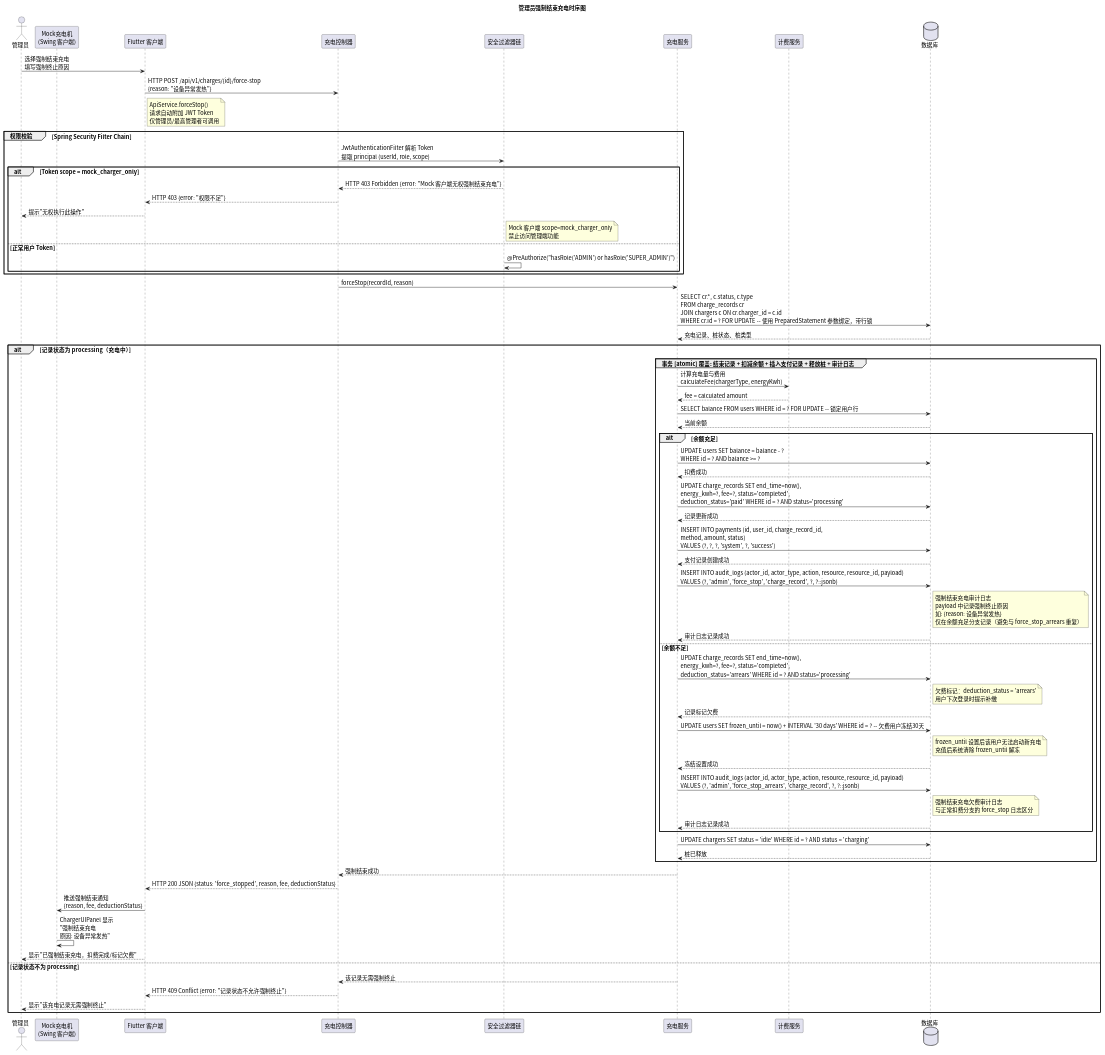
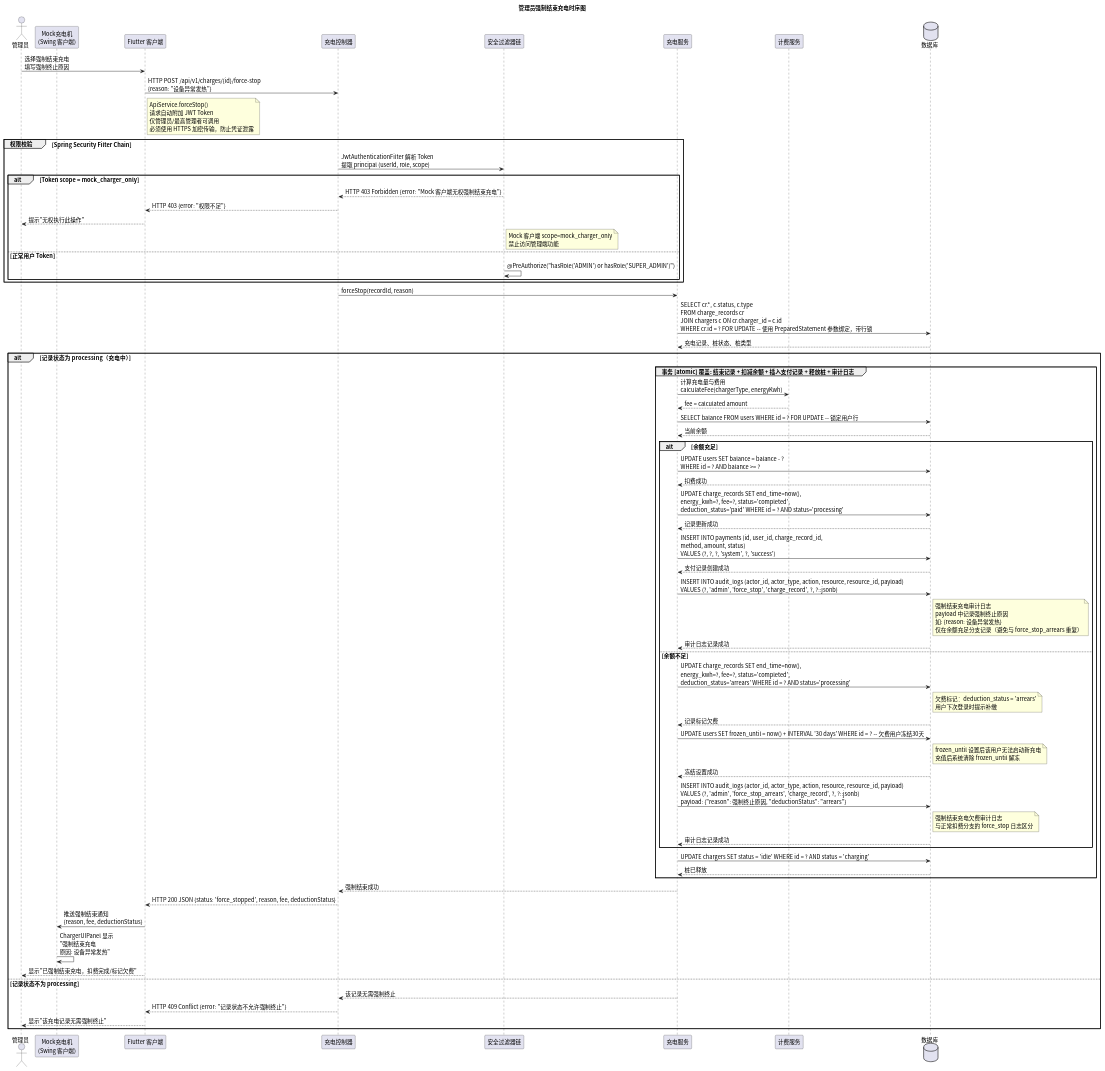
Before and after one commit to greenhandzdl/charging-station-doc: the diagram in time/src/sequence_force_stop.puml, drawn with PlantUML. The commit also changed 25 other files, not shown here.

First line of the commit message:
fix: 第2轮评估修复 — 用例图权限补全、时序图安全注解与HTTPS、密码重置令牌优化

```diff
--- a/time/src/sequence_force_stop.puml
+++ b/time/src/sequence_force_stop.puml
@@ -1,87 +1,87 @@
 @startuml
 skinparam defaultFontName "Noto Sans CJK SC"
 skinparam defaultFontSize 14
 title 管理员强制结束充电时序图
 
 ' 所有 SQL 操作使用 PreparedStatement 参数绑定，禁止字符串拼接
 actor 管理员 as Admin
 participant "Mock充电机\n(Swing 客户端)" as MC
 participant "Flutter 客户端" as FE
 participant "充电控制器" as Ctrl
 participant "安全过滤器链" as Security
 participant "充电服务" as Service
 participant "计费服务" as Bill
 database 数据库 as DB
 
 Admin -> FE: 选择强制结束充电\n填写强制终止原因
 FE -> Ctrl: HTTP POST /api/v1/charges/{id}/force-stop\n{reason: "设备异常发热"}
-note right FE : ApiService.forceStop()\n请求自动附加 JWT Token\n仅管理员/最高管理者可调用
+note right FE : ApiService.forceStop()\n请求自动附加 JWT Token\n仅管理员/最高管理者可调用\n必须使用 HTTPS 加密传输，防止凭证泄露
 
 group 权限校验 [Spring Security Filter Chain]
   Ctrl -> Security: JwtAuthenticationFilter 解析 Token\n提取 principal (userId, role, scope)
 
   alt Token scope = mock_charger_only
     Security --> Ctrl: HTTP 403 Forbidden {error: "Mock 客户端无权强制结束充电"}
     Ctrl --> FE: HTTP 403 {error: "权限不足"}
     FE --> Admin: 提示"无权执行此操作"
     note right Security : Mock 客户端 scope=mock_charger_only\n禁止访问管理端功能
   else 正常用户 Token
     Security -> Security: @PreAuthorize("hasRole('ADMIN') or hasRole('SUPER_ADMIN')")
   end
 end
 
 Ctrl -> Service: forceStop(recordId, reason)
 
 Service -> DB: SELECT cr.*, c.status, c.type\nFROM charge_records cr\nJOIN chargers c ON cr.charger_id = c.id\nWHERE cr.id = ? FOR UPDATE -- 使用 PreparedStatement 参数绑定，带行锁
 DB --> Service: 充电记录、桩状态、桩类型
 
 alt 记录状态为 processing（充电中）
   group 事务 [atomic] 覆盖: 结束记录 + 扣减余额 + 插入支付记录 + 释放桩 + 审计日志
     Service -> Bill: 计算充电量与费用\ncalculateFee(chargerType, energyKwh)
 Bill --> Service: fee = calculated amount
 
     Service -> DB: SELECT balance FROM users WHERE id = ? FOR UPDATE -- 锁定用户行
     DB --> Service: 当前余额
 
     alt 余额充足
       Service -> DB: UPDATE users SET balance = balance - ?\nWHERE id = ? AND balance >= ?
       DB --> Service: 扣费成功
 
       Service -> DB: UPDATE charge_records SET end_time=now(),\nenergy_kwh=?, fee=?, status='completed',\ndeduction_status='paid' WHERE id = ? AND status='processing'
       DB --> Service: 记录更新成功
 
       Service -> DB: INSERT INTO payments (id, user_id, charge_record_id,\nmethod, amount, status)\nVALUES (?, ?, ?, 'system', ?, 'success')
       DB --> Service: 支付记录创建成功
 
       Service -> DB: INSERT INTO audit_logs (actor_id, actor_type, action, resource, resource_id, payload)\nVALUES (?, 'admin', 'force_stop', 'charge_record', ?, ?::jsonb)
       note right DB : 强制结束充电审计日志\npayload 中记录强制终止原因\n如: {\"reason\": \"设备异常发热\"}\n仅在余额充足分支记录（避免与 force_stop_arrears 重复）
       DB --> Service: 审计日志记录成功
     else 余额不足
       Service -> DB: UPDATE charge_records SET end_time=now(),\nenergy_kwh=?, fee=?, status='completed',\ndeduction_status='arrears' WHERE id = ? AND status='processing'
       note right DB : 欠费标记：deduction_status = 'arrears'\n用户下次登录时提示补缴
       DB --> Service: 记录标记欠费
 
       Service -> DB: UPDATE users SET frozen_until = now() + INTERVAL '30 days' WHERE id = ? -- 欠费用户冻结30天
       note right DB : frozen_until 设置后该用户无法启动新充电\n充值后系统清除 frozen_until 解冻
       DB --> Service: 冻结设置成功
 
-      Service -> DB: INSERT INTO audit_logs (actor_id, actor_type, action, resource, resource_id, payload)\nVALUES (?, 'admin', 'force_stop_arrears', 'charge_record', ?, ?::jsonb)
+      Service -> DB: INSERT INTO audit_logs (actor_id, actor_type, action, resource, resource_id, payload)\nVALUES (?, 'admin', 'force_stop_arrears', 'charge_record', ?, ?::jsonb)\npayload: {"reason": 强制终止原因, "deductionStatus": "arrears"}
       note right DB : 强制结束充电欠费审计日志\n与正常扣费分支的 force_stop 日志区分
       DB --> Service: 审计日志记录成功
     end
 
     Service -> DB: UPDATE chargers SET status = 'idle' WHERE id = ? AND status = 'charging'
     DB --> Service: 桩已释放
   end
 
   Service --> Ctrl: 强制结束成功
   Ctrl --> FE: HTTP 200 JSON {status: 'force_stopped', reason, fee, deductionStatus}
   FE -> MC: 推送强制结束通知\n{reason, fee, deductionStatus}
   MC -> MC: ChargerUIPanel 显示\n"强制结束充电\n原因: 设备异常发热"
   FE --> Admin: 显示"已强制结束充电，扣费完成/标记欠费"
 else 记录状态不为 processing
   Service --> Ctrl: 该记录无需强制终止
   Ctrl --> FE: HTTP 409 Conflict {error: "记录状态不允许强制终止"}
   FE --> Admin: 显示"该充电记录无需强制终止"
 end
 @enduml
```
